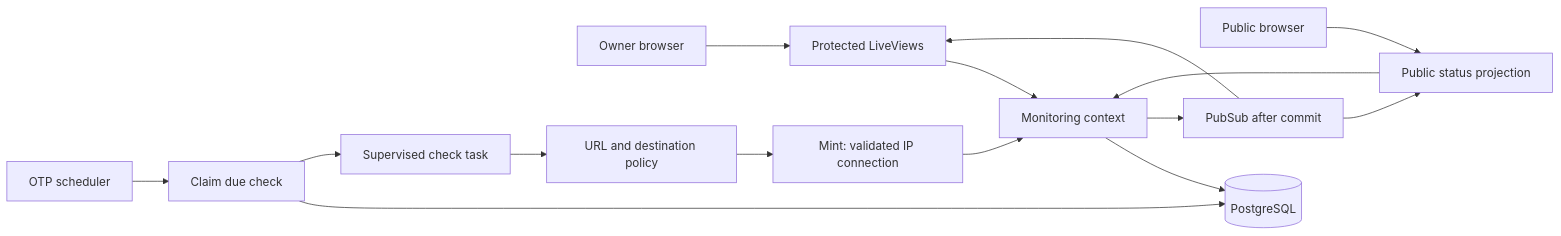
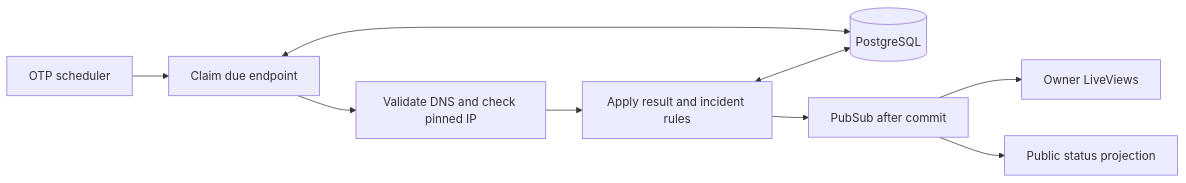
One commit to blitterglitch/GuruSignal changed the diagram in docs/architecture.md. Above: the diagram before and after it, drawn with Mermaid. The commit also changed other lines of this file and 38 other files, not shown here.

````diff
--- a/docs/architecture.md
+++ b/docs/architecture.md
@@ -17,17 +10,11 @@
 ```mermaid
 flowchart LR
-    Owner[Owner browser] --> Admin[Protected LiveViews]
-    Visitor[Public browser] --> Public[Public status projection]
-    Admin --> Context[Monitoring context]
-    Public --> Context
-    Scheduler[OTP scheduler] --> Claims[Claim due check]
-    Claims --> DB[(PostgreSQL)]
-    Claims --> Task[Supervised check task]
-    Task --> Guard[URL and destination policy]
-    Guard --> HTTP[Mint: validated IP connection]
-    HTTP --> Context
-    Context --> DB
-    Context --> PubSub[PubSub after commit]
-    PubSub --> Admin
-    PubSub --> Public
+    Scheduler[OTP scheduler] --> Claim[Claim due endpoint]
+    Claim <--> DB[(PostgreSQL)]
+    Claim --> HTTP[Validate DNS and check pinned IP]
+    HTTP --> Complete[Apply result and incident rules]
+    Complete <--> DB
+    Complete --> PubSub[PubSub after commit]
+    PubSub --> Owner[Owner LiveViews]
+    PubSub --> Public[Public status projection]
 ```
````
